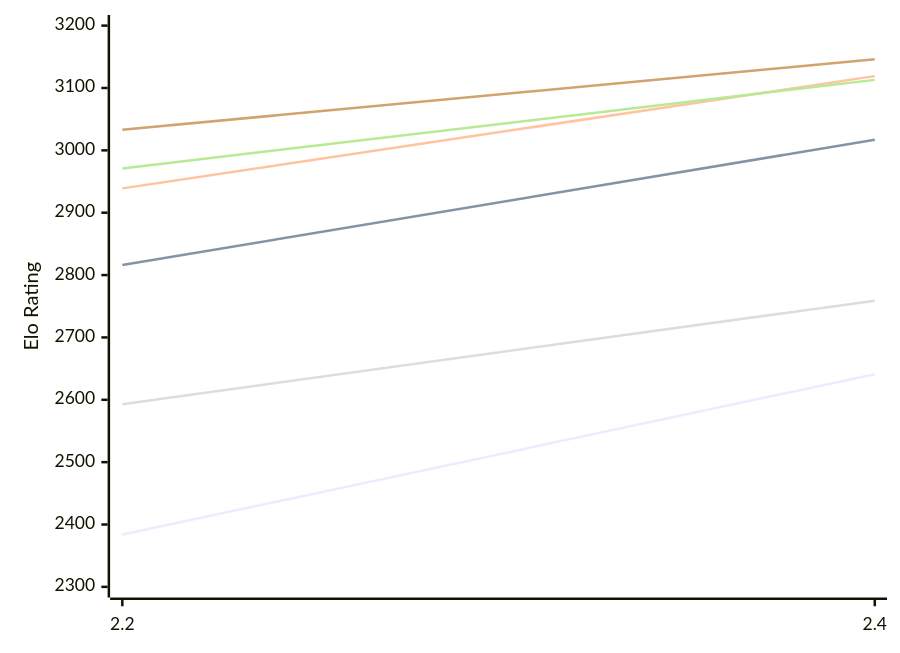
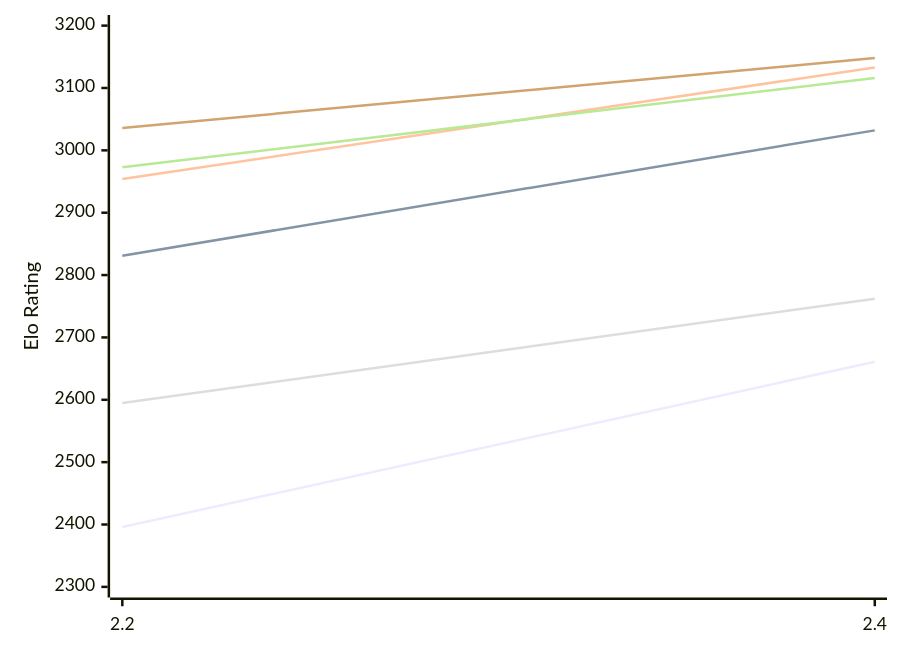
One commit to computer-chess-index/cci changed the first of 2 diagrams in engines/Sloth.md. Above: the diagram before and after it, drawn with Mermaid. The commit also changed other lines of this file, not shown here.

Commit message:
Update CCI Ratings (ELO VLTC) - 2026-10-22

````diff
--- a/engines/Sloth.md
+++ b/engines/Sloth.md
@@ -50,12 +50,12 @@
 ```mermaid
 %%{init: {"theme":"base","themeVariables":{"seriesColors:['#a3a3a3','#222221','#faa371']}}}%%
 xychart-beta
   x-axis ["2.2", "2.4"]
   y-axis "Elo Rating" 2300 --> 3200
-  line "E1: STC (8.0+0.08s)" [2384, 2641]
-  line "E1: LTC (60.0+0.60s)" [2816, 3017]
-  line "E1: VLTC (2m24s+1.12s)" [2939, 3119]
-  line "P1: STC (8.0+0.08s)" [2593, 2759]
-  line "P1: LTC (60.0+0.60s)" [2971, 3113]
-  line "P1: VLTC (2m24s+1.12s)" [3033, 3146]
+  line "E1: STC (8.0+0.08s)" [2396, 2661]
+  line "E1: LTC (60.0+0.60s)" [2831, 3032]
+  line "E1: VLTC (2m24s+1.12s)" [2954, 3133]
+  line "P1: STC (8.0+0.08s)" [2595, 2762]
+  line "P1: LTC (60.0+0.60s)" [2973, 3116]
+  line "P1: VLTC (2m24s+1.12s)" [3036, 3148]
 ```
````
